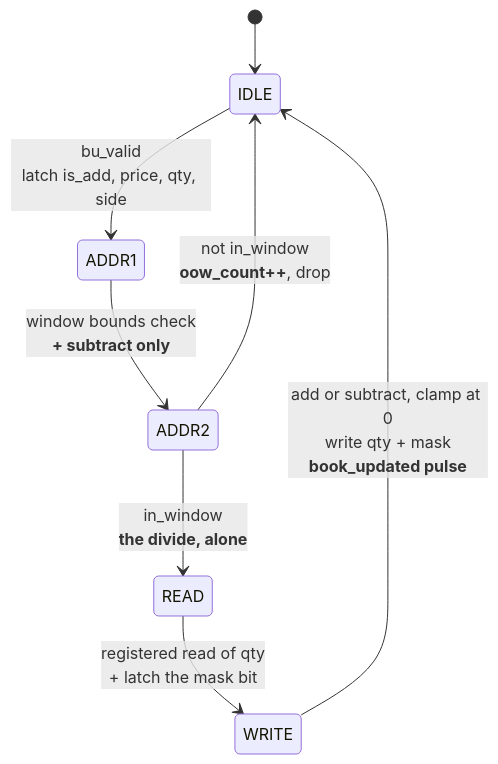
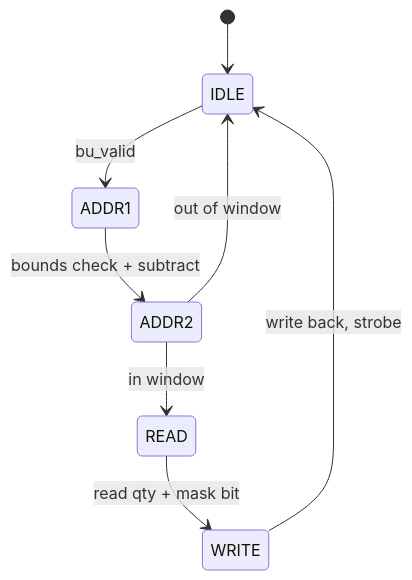
One commit to Rushmello369/fpga-feed-handler changed the fifth of 11 diagrams in README.md. Above: the diagram before and after it, drawn with Mermaid. The commit also changed other lines of this file and 12 other files, not shown here.

Commit message:
add diagrams for system and module architectures

````diff
--- a/README.md
+++ b/README.md
@@ -404,10 +406,10 @@
 ```mermaid
 stateDiagram-v2
     [*] --> IDLE
-    IDLE --> ADDR1 : bu_valid<br/>latch is_add, price, qty, side
-    ADDR1 --> ADDR2 : window bounds check<br/><b>+ subtract only</b>
-    ADDR2 --> READ : in_window<br/><b>the divide, alone</b>
-    ADDR2 --> IDLE : not in_window<br/><b>oow_count++</b>, drop
-    READ --> WRITE : registered read of qty<br/>+ latch the mask bit
-    WRITE --> IDLE : add or subtract, clamp at 0<br/>write qty + mask<br/><b>book_updated pulse</b>
+    IDLE --> ADDR1: bu_valid
+    ADDR1 --> ADDR2: bounds check + subtract
+    ADDR2 --> READ: in window
+    ADDR2 --> IDLE: out of window
+    READ --> WRITE: read qty + mask bit
+    WRITE --> IDLE: write back, strobe
 ```
````
